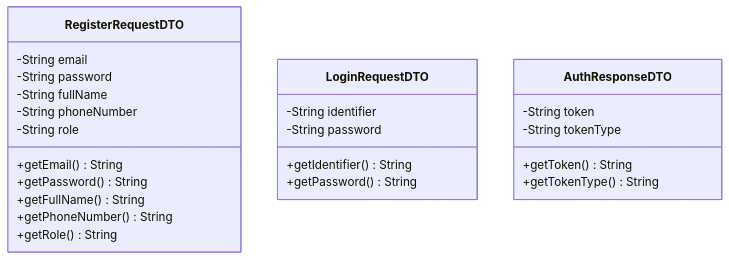
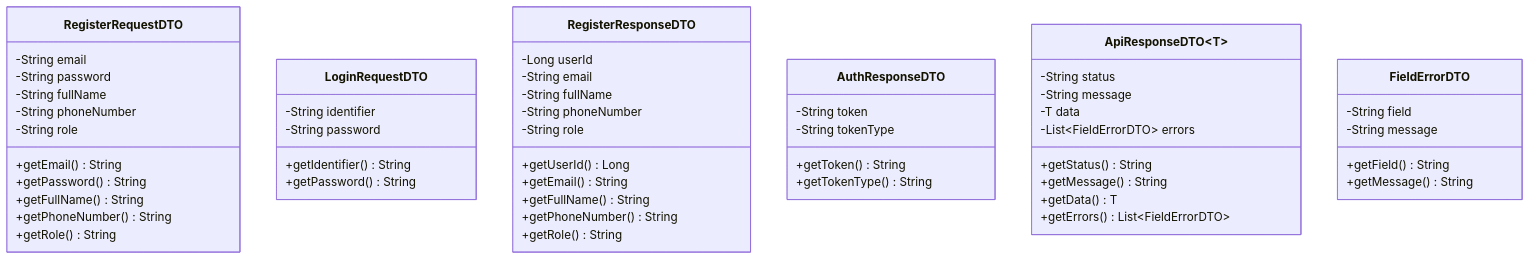
Before and after one commit to BlackyB0o/CS261_650001_group5: the second of 7 diagrams in docs/task-04/README.md, drawn with Mermaid. The commit also changed other lines of this file, not shown here.

````diff
--- a/docs/task-04/README.md
+++ b/docs/task-04/README.md
@@ -126,29 +215,60 @@
 ```mermaid
 classDiagram
     class RegisterRequestDTO {
         -String email
         -String password
         -String fullName
         -String phoneNumber
         -String role
         +getEmail() String
         +getPassword() String
         +getFullName() String
         +getPhoneNumber() String
         +getRole() String
     }
 
     class LoginRequestDTO {
         -String identifier
         -String password
         +getIdentifier() String
         +getPassword() String
     }
 
+    class RegisterResponseDTO {
+        -Long userId
+        -String email
+        -String fullName
+        -String phoneNumber
+        -String role
+        +getUserId() Long
+        +getEmail() String
+        +getFullName() String
+        +getPhoneNumber() String
+        +getRole() String
+    }
+
     class AuthResponseDTO {
         -String token
         -String tokenType
         +getToken() String
         +getTokenType() String
     }
+
+    class ApiResponseDTO~T~ {
+        -String status
+        -String message
+        -T data
+        -List~FieldErrorDTO~ errors
+        +getStatus() String
+        +getMessage() String
+        +getData() T
+        +getErrors() List~FieldErrorDTO~
+    }
+
+    class FieldErrorDTO {
+        -String field
+        -String message
+        +getField() String
+        +getMessage() String
+    }
 ```
````
